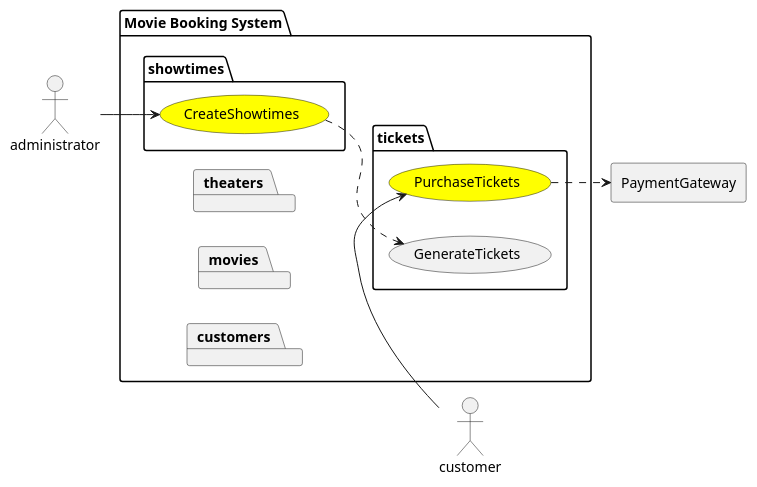
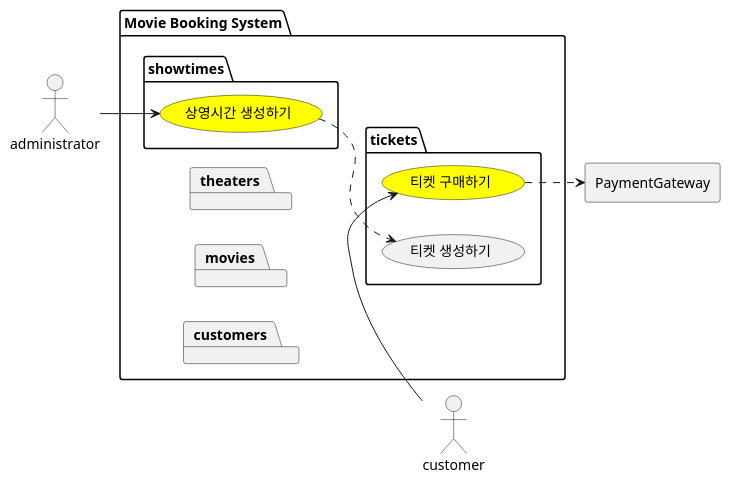
One commit to mannercode/mannercode.github.io changed the first of 14 diagrams in _posts/2025-05-01-backend-design-2.md. Above: the diagram before and after it, drawn with PlantUML. The commit also changed other lines of this file and 159 other files, not shown here.

First line of the commit message:
Add UML diagrams for Movie Booking System and update sequence diagrams

```diff
--- a/_posts/2025-05-01-backend-design-2.md
+++ b/_posts/2025-05-01-backend-design-2.md
@@ -10,34 +10,34 @@
 {% plantuml %}
 @startuml
 left to right direction
 actor customer
 actor administrator
 rectangle PaymentGateway
 
 package "Movie Booking System" as mbs {
     package tickets {
-        usecase PurchaseTickets #yellow
-        usecase GenerateTickets
+        usecase "티켓 구매하기" as PurchaseTickets #yellow
+        usecase "티켓 생성하기" as GenerateTickets
     }
 
     package showtimes {
-        usecase CreateShowtimes #yellow
+        usecase "상영시간 생성하기" as CreateShowtimes #yellow
     }
 
     package theaters {
     }
 
     package movies {
     }
 
     package customers {
     }
 }
 
 administrator --> CreateShowtimes
 customer -> PurchaseTickets
 PurchaseTickets ..> PaymentGateway
 CreateShowtimes ..> GenerateTickets
 
 @enduml
 {% endplantuml %}
```
